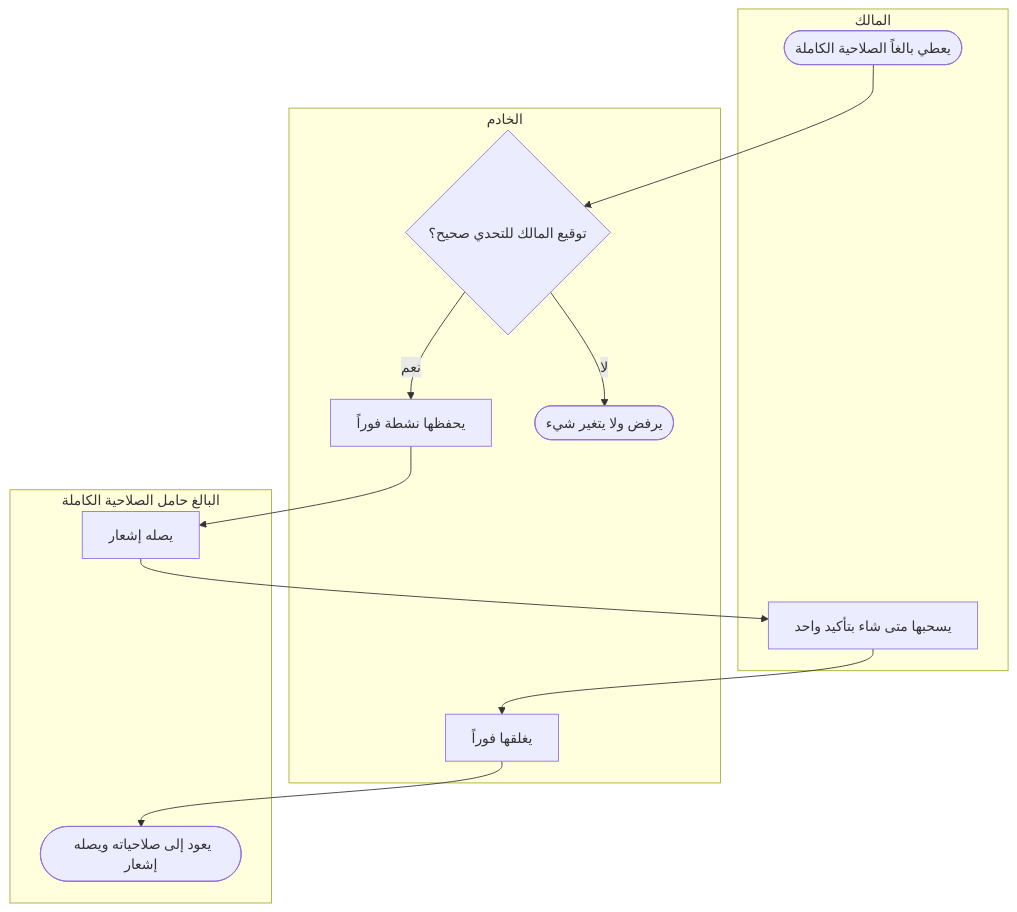
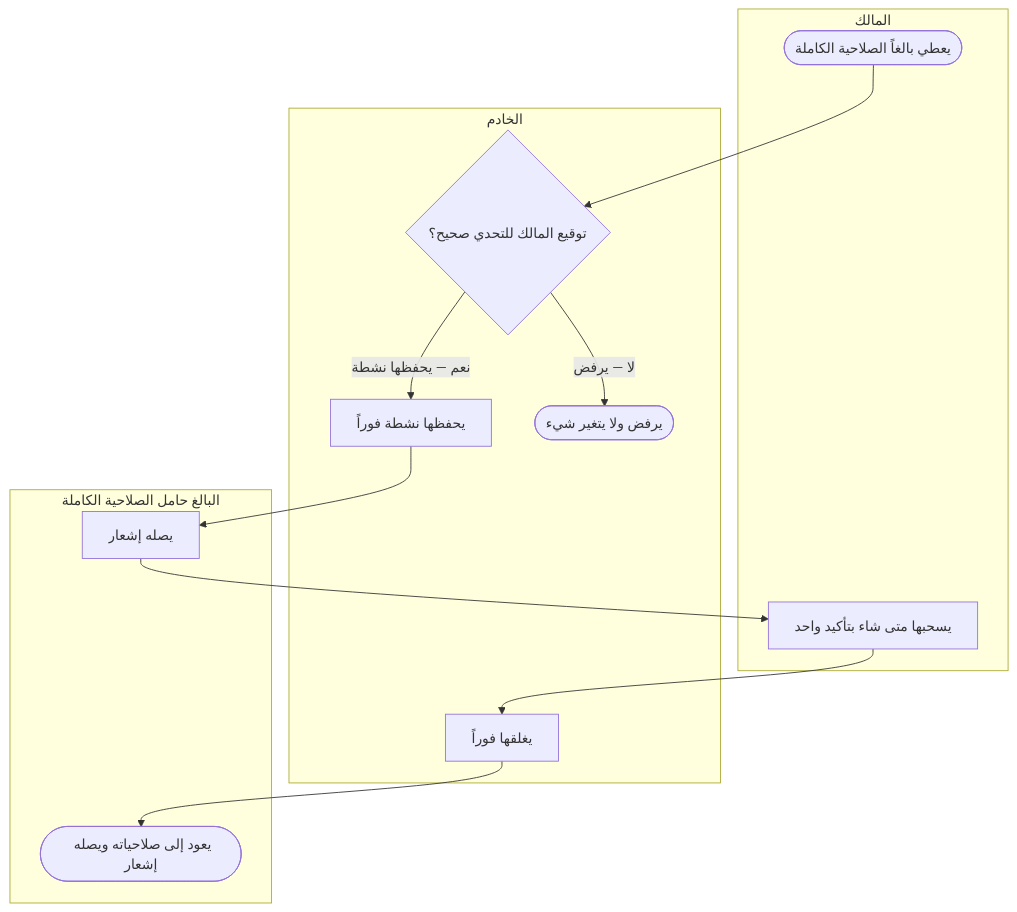
Before and after one commit to Bassam-mohammed-alqaeadi/family-os-v2: diagram 37 of 40 in docs/family-os/governance/phases/phase-1/S1-03-family-roles-and-permissions/DIAGRAMS.md, drawn with Mermaid. The commit also changed other lines of this file, not shown here.

Commit message:
إصلاح S1-03 (فحص GitHub بعد الشكل 2) — §4-د/4-هـ/4-و و§6: توسيع تسميات «نعم/لا» + فروع «لا» في 6-هـ وتقسيمها إلى لوحتين

````diff
--- a/docs/family-os/governance/phases/phase-1/S1-03-family-roles-and-permissions/DIAGRAMS.md
+++ b/docs/family-os/governance/phases/phase-1/S1-03-family-roles-and-permissions/DIAGRAMS.md
@@ -1352,24 +1362,24 @@
 ```mermaid
 flowchart TD
     subgraph LO [المالك]
         O1([يعطي بالغاً الصلاحية الكاملة])
         O2[يسحبها متى شاء بتأكيد واحد]
     end
     subgraph LS [الخادم]
         S1{توقيع المالك للتحدي صحيح؟}
         S2[يحفظها نشطة فوراً]
         S3([يرفض ولا يتغير شيء])
         S4[يغلقها فوراً]
     end
     subgraph LH [البالغ حامل الصلاحية الكاملة]
         H1[يصله إشعار]
         H2([يعود إلى صلاحياته ويصله إشعار])
     end
     O1 --> S1
-    S1 -->|لا| S3
-    S1 -->|نعم| S2
+    S1 -->|لا — يرفض| S3
+    S1 -->|نعم — يحفظها نشطة| S2
     S2 --> H1
     H1 --> O2
     O2 --> S4
     S4 --> H2
 ```
````
